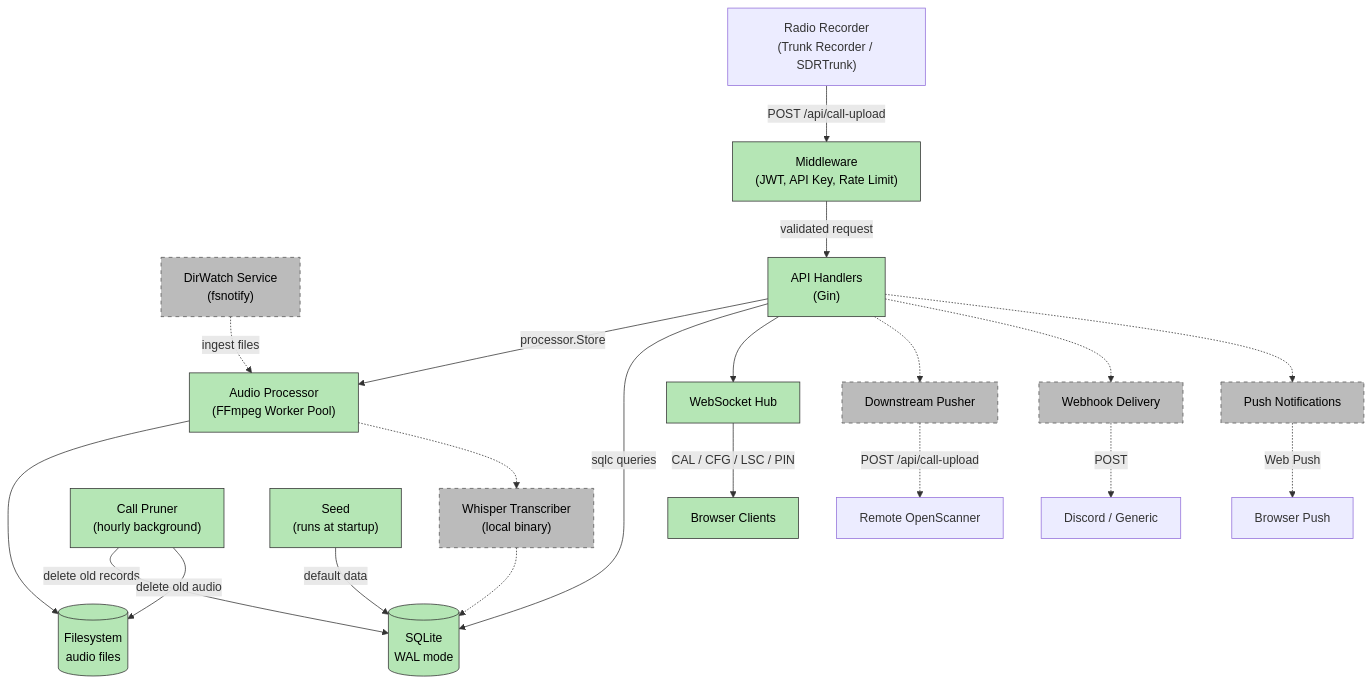
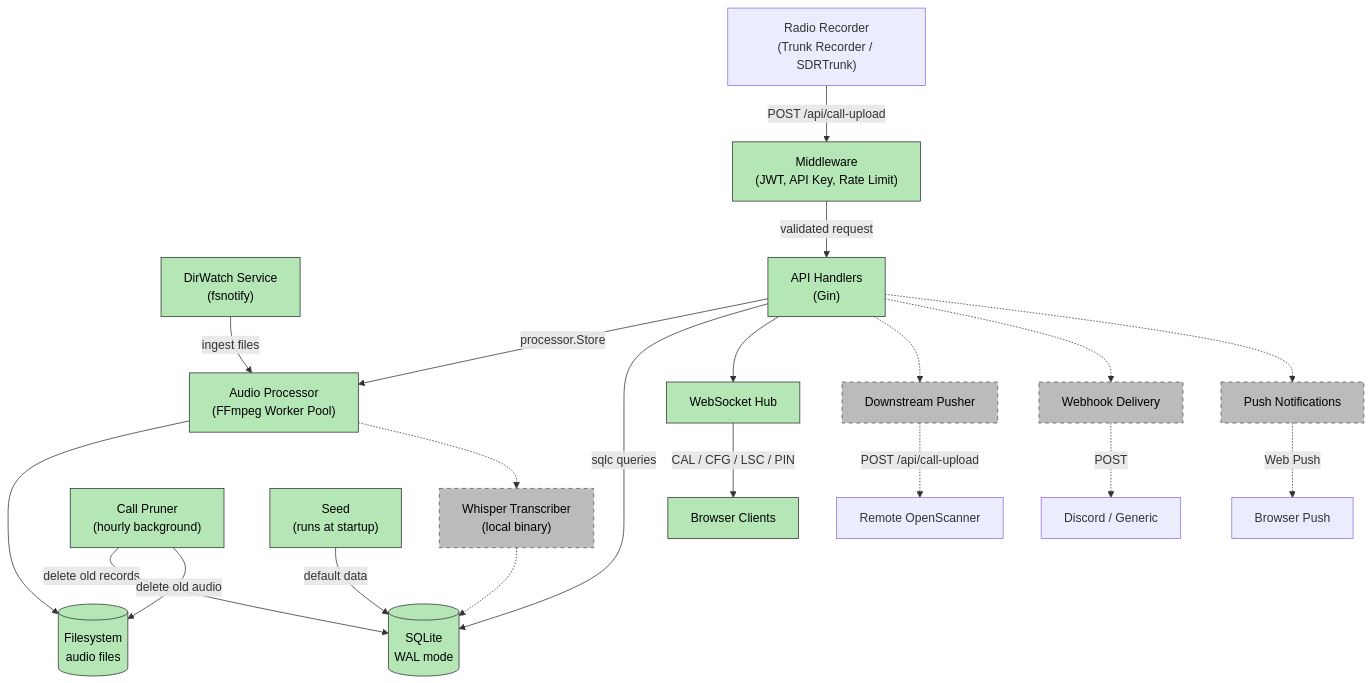
One commit to revtex/OpenScanner changed the diagram in docs/architecture.md. Above: the diagram before and after it, drawn with Mermaid. The commit also changed other lines of this file and 16 other files, not shown here.

First line of the commit message:
feat: Phase 7 — DirWatch service (file-system call ingestion)

````diff
--- a/docs/architecture.md
+++ b/docs/architecture.md
@@ -13,41 +13,41 @@
 ```mermaid
 graph TD
     Recorder["Radio Recorder<br/>(Trunk Recorder / SDRTrunk)"] -->|POST /api/call-upload| MW
-    DirWatch["DirWatch Service<br/>(fsnotify)"] -.->|ingest files| Processor
+    DirWatch["DirWatch Service<br/>(fsnotify)"] -->|ingest files| Processor
 
     MW["Middleware<br/>(JWT, API Key, Rate Limit)"] -->|validated request| API["API Handlers<br/>(Gin)"]
     API -->|processor.Store| Processor["Audio Processor<br/>(FFmpeg Worker Pool)"]
     Processor --> FS[("Filesystem<br/>audio files")]
     Processor -.-> Transcriber["Whisper Transcriber<br/>(local binary)"]
     API -->|sqlc queries| DB[(SQLite<br/>WAL mode)]
     Transcriber -.-> DB
 
     Pruner["Call Pruner<br/>(hourly background)"] -->|delete old records| DB
     Pruner -->|delete old audio| FS
 
     Seed["Seed<br/>(runs at startup)"] -->|default data| DB
 
     API --> Hub["WebSocket Hub"]
     Hub -->|CAL / CFG / LSC / PIN| Listeners["Browser Clients"]
     API -.-> Downstream["Downstream Pusher"]
     Downstream -.->|POST /api/call-upload| RemoteInstance["Remote OpenScanner"]
     API -.-> Webhooks["Webhook Delivery"]
     Webhooks -.->|POST| External["Discord / Generic"]
     API -.-> Push["Push Notifications"]
     Push -.->|Web Push| Browser["Browser Push"]
 
     style MW fill:#b5e6b5,stroke:#333,color:#000
     style API fill:#b5e6b5,stroke:#333,color:#000
     style Processor fill:#b5e6b5,stroke:#333,color:#000
     style FS fill:#b5e6b5,stroke:#333,color:#000
     style DB fill:#b5e6b5,stroke:#333,color:#000
     style Seed fill:#b5e6b5,stroke:#333,color:#000
     style Pruner fill:#b5e6b5,stroke:#333,color:#000
     style Hub fill:#b5e6b5,stroke:#333,color:#000
     style Listeners fill:#b5e6b5,stroke:#333,color:#000
     style Transcriber fill:#bbb,stroke:#555,color:#000,stroke-dasharray: 5 5
-    style DirWatch fill:#bbb,stroke:#555,color:#000,stroke-dasharray: 5 5
+    style DirWatch fill:#b5e6b5,stroke:#333,color:#000
     style Downstream fill:#bbb,stroke:#555,color:#000,stroke-dasharray: 5 5
     style Webhooks fill:#bbb,stroke:#555,color:#000,stroke-dasharray: 5 5
     style Push fill:#bbb,stroke:#555,color:#000,stroke-dasharray: 5 5
 ```
````
